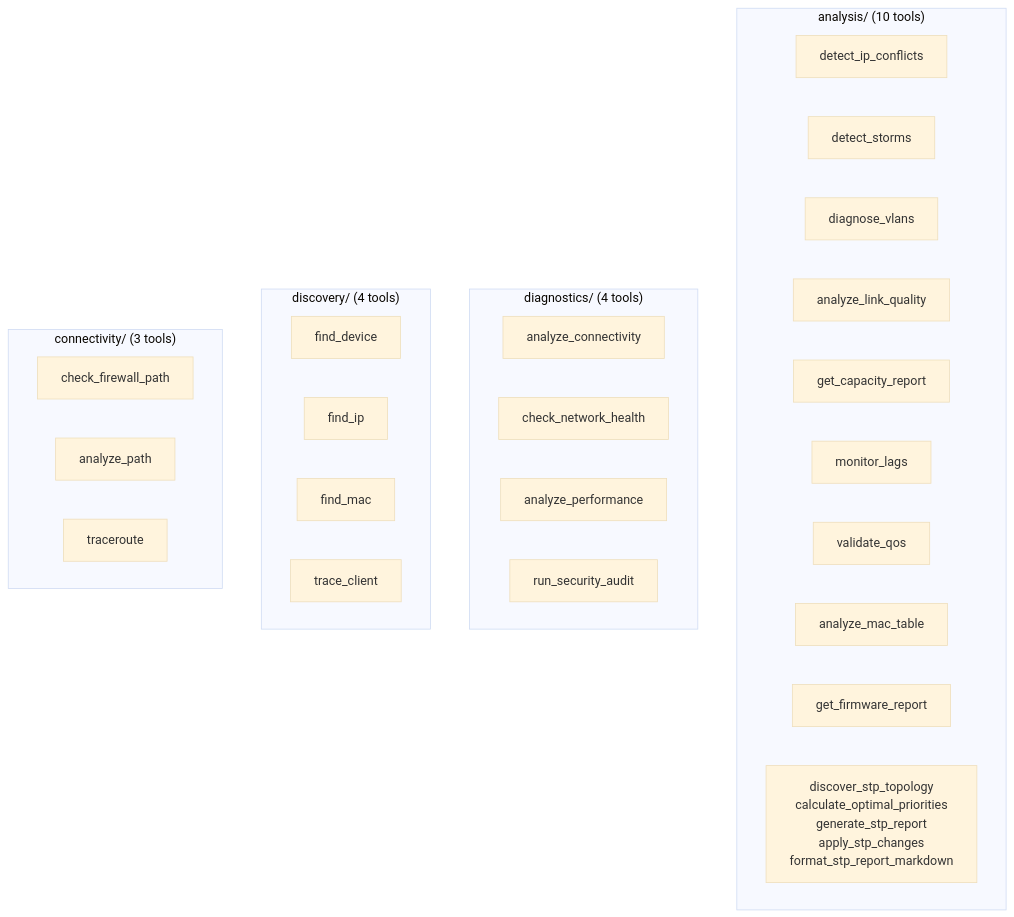
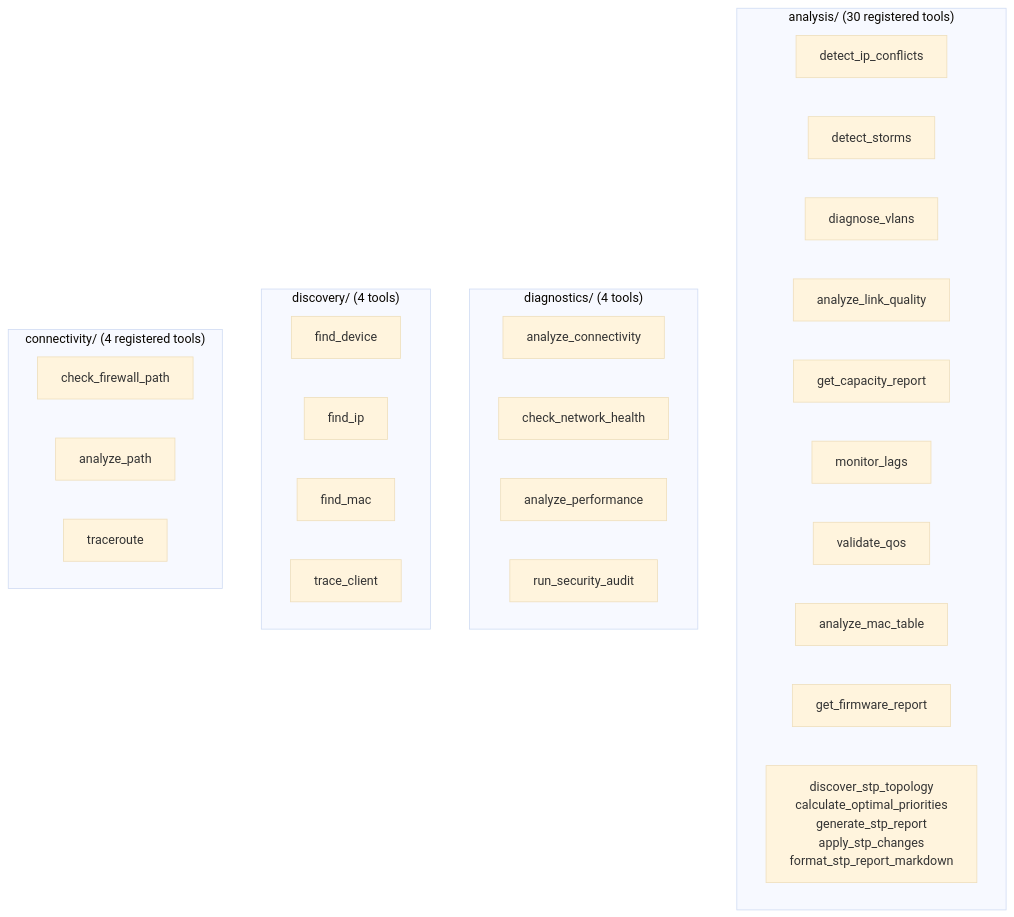
One commit to NetDevAutomate/unifi_management_cli changed the fifth of 17 diagrams in docs/architecture/architecture-overview.md. Above: the diagram before and after it, drawn with Mermaid (base theme). The commit also changed other lines of this file and 14 other files, not shown here.

````diff
--- a/docs/architecture/architecture-overview.md
+++ b/docs/architecture/architecture-overview.md
@@ -418,35 +415,35 @@
 ```mermaid
 graph TD
-    subgraph analysis["analysis/ (10 tools)"]
+    subgraph analysis["analysis/ (30 registered tools)"]
         A1["detect_ip_conflicts"]
         A2["detect_storms"]
         A3["diagnose_vlans"]
         A4["analyze_link_quality"]
         A5["get_capacity_report"]
         A6["monitor_lags"]
         A7["validate_qos"]
         A8["analyze_mac_table"]
         A9["get_firmware_report"]
         A10["discover_stp_topology\ncalculate_optimal_priorities\ngenerate_stp_report\napply_stp_changes\nformat_stp_report_markdown"]
     end
 
     subgraph diagnostics["diagnostics/ (4 tools)"]
         D1["analyze_connectivity"]
         D2["check_network_health"]
         D3["analyze_performance"]
         D4["run_security_audit"]
     end
 
     subgraph discovery["discovery/ (4 tools)"]
         DS1["find_device"]
         DS2["find_ip"]
         DS3["find_mac"]
         DS4["trace_client"]
     end
 
-    subgraph connectivity["connectivity/ (3 tools)"]
+    subgraph connectivity["connectivity/ (4 registered tools)"]
         C1["check_firewall_path"]
         C2["analyze_path"]
         C3["traceroute"]
     end
 ```
````
